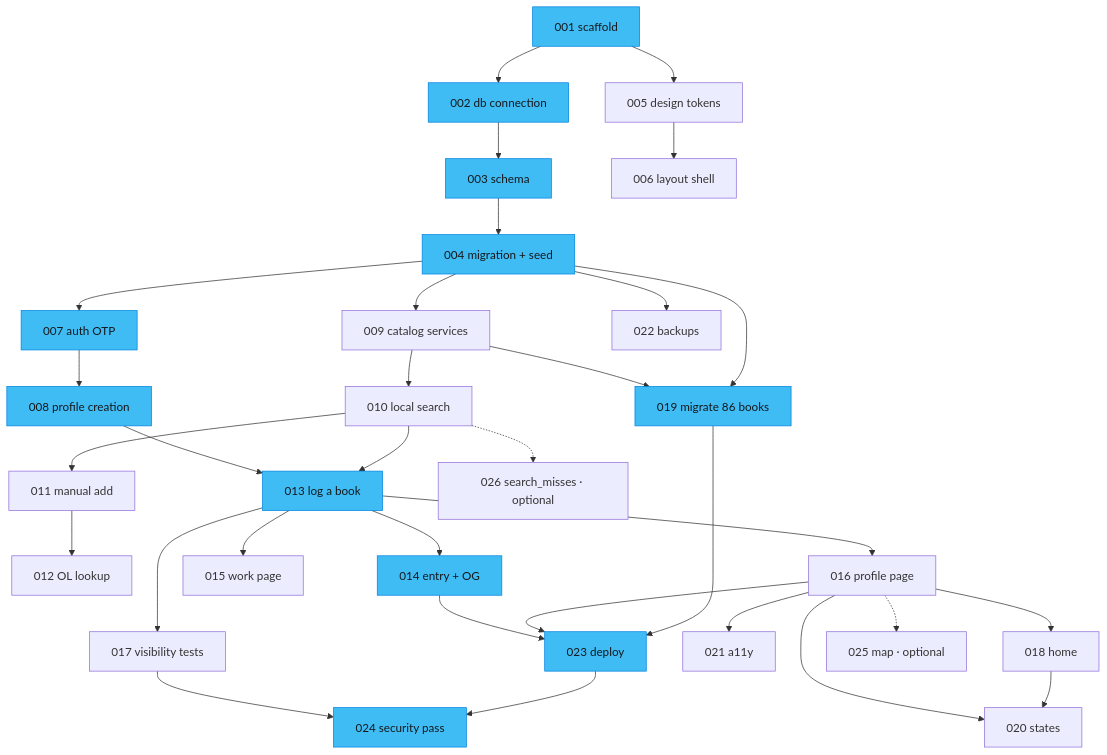
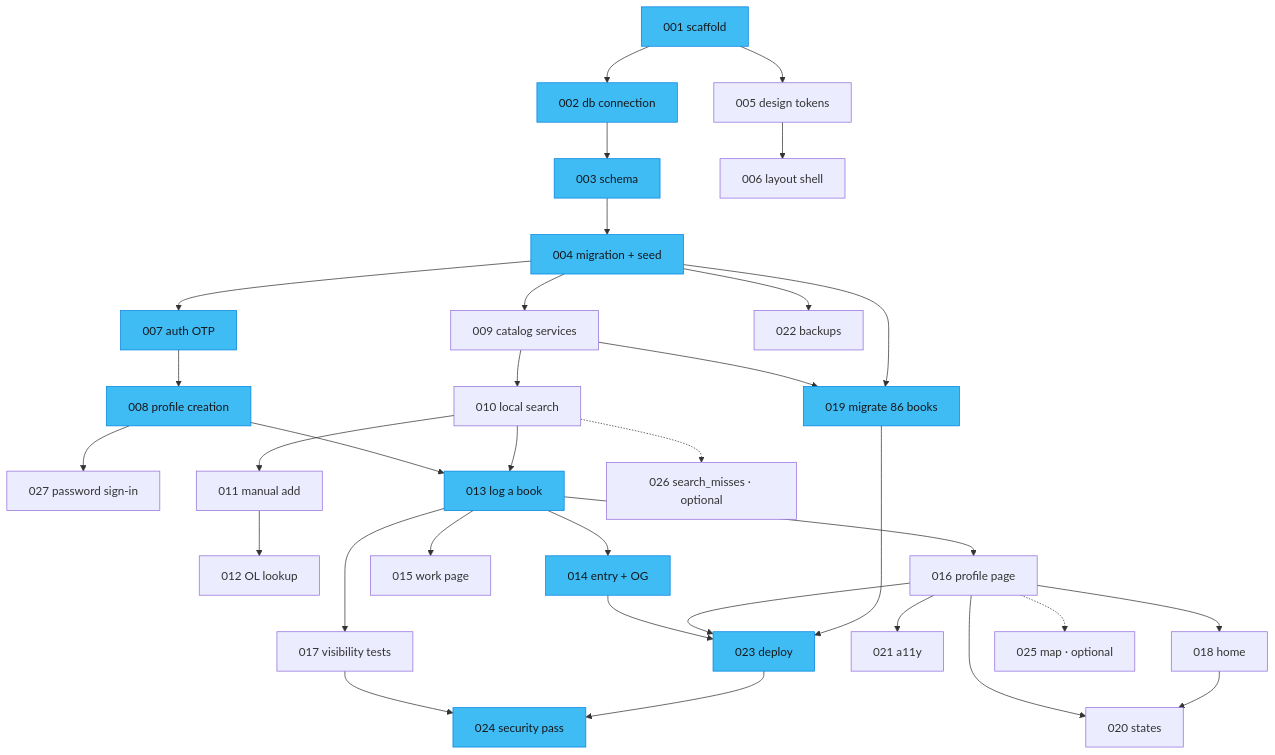
The diagram in docs/tasks/README.md (Dtma20/meus-livros), drawn with Mermaid before and after one commit. The commit also changed other lines of this file and 16 other files, not shown here.

````diff
--- a/docs/tasks/README.md
+++ b/docs/tasks/README.md
@@ -46,45 +47,46 @@
 ```mermaid
 graph TD
     T001[001 scaffold] --> T002[002 db connection]
     T001 --> T005[005 design tokens]
     T002 --> T003[003 schema]
     T003 --> T004[004 migration + seed]
     T005 --> T006[006 layout shell]
 
     T004 --> T007[007 auth OTP]
     T007 --> T008[008 profile creation]
+    T008 --> T027[027 password sign-in]
 
     T004 --> T009[009 catalog services]
     T009 --> T010[010 local search]
     T010 --> T011[011 manual add]
     T011 --> T012[012 OL lookup]
 
     T008 --> T013[013 log a book]
     T010 --> T013
 
     T013 --> T014[014 entry + OG]
     T013 --> T015[015 work page]
     T013 --> T016[016 profile page]
     T013 --> T017[017 visibility tests]
     T016 --> T018[018 home]
 
     T009 --> T019[019 migrate 86 books]
     T004 --> T019
 
     T016 --> T020[020 states]
     T018 --> T020
     T016 --> T021[021 a11y]
     T004 --> T022[022 backups]
 
     T014 --> T023[023 deploy]
     T016 --> T023
     T019 --> T023
     T017 --> T024[024 security pass]
     T023 --> T024
 
     T016 -.-> T025[025 map · optional]
     T010 -.-> T026[026 search_misses · optional]
 
     classDef crit fill:#40bcf4,stroke:#0083e0,color:#14181c
     class T001,T002,T003,T004,T007,T008,T013,T014,T019,T023,T024 crit
 ```
````
